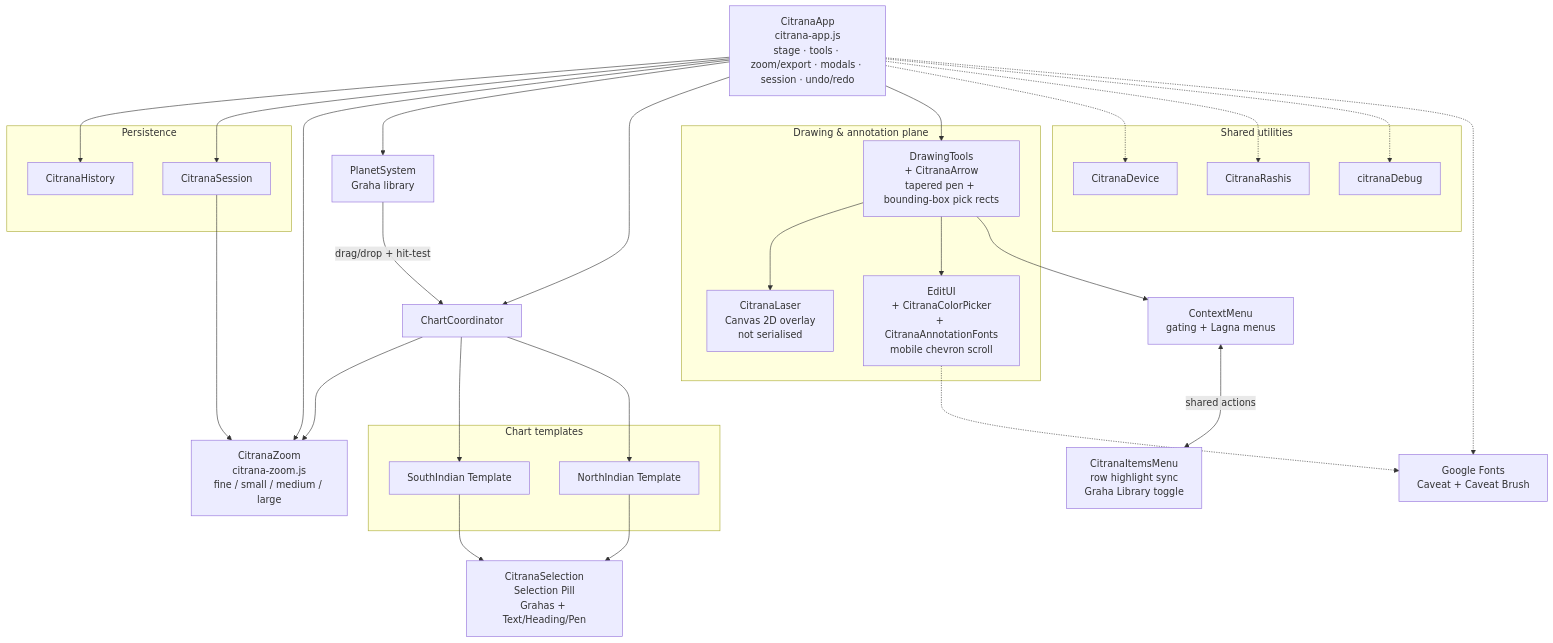
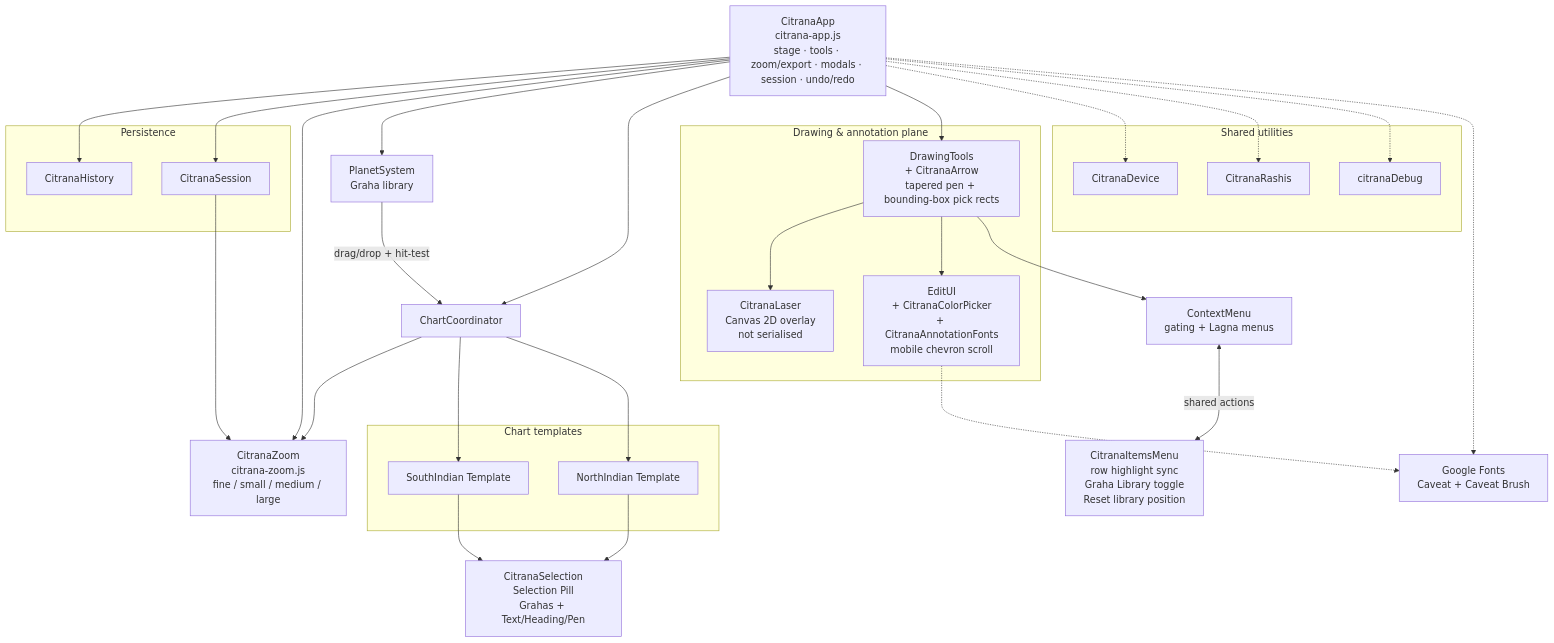
Before and after one commit to IAmVigneswaran/Soothsayer-Citrana: the diagram in ARCHITECTURE.md, drawn with Mermaid. The commit also changed other lines of this file and 3 other files, not shown here.

Commit message:
Use orbit row icon for Graha Library reset and sync agent docs

````diff
--- a/ARCHITECTURE.md
+++ b/ARCHITECTURE.md
@@ -72,63 +72,63 @@
 ```mermaid
 flowchart TB
     App["CitranaApp<br/>citrana-app.js<br/>stage · tools · zoom/export · modals · session · undo/redo"]
 
     subgraph Persistence["Persistence"]
         History["CitranaHistory"]
         Session["CitranaSession"]
     end
 
     Zoom["CitranaZoom<br/>citrana-zoom.js<br/>fine / small / medium / large"]
 
     PlanetSystem["PlanetSystem<br/>Graha library"]
     Coordinator["ChartCoordinator"]
 
     subgraph ChartTemplates["Chart templates"]
         South["SouthIndian Template"]
         North["NorthIndian Template"]
     end
 
     Selection["CitranaSelection<br/>Selection Pill<br/>Grahas + Text/Heading/Pen"]
 
     subgraph DrawingPlane["Drawing & annotation plane"]
         DrawingTools["DrawingTools<br/>+ CitranaArrow<br/>tapered pen + bounding-box pick rects"]
         Laser["CitranaLaser<br/>Canvas 2D overlay<br/>not serialised"]
         EditUI["EditUI<br/>+ CitranaColorPicker<br/>+ CitranaAnnotationFonts<br/>mobile chevron scroll"]
     end
 
     ContextMenu["ContextMenu<br/>gating + Lagna menus"]
-    ItemsMenu["CitranaItemsMenu<br/>row highlight sync<br/>Graha Library toggle"]
+    ItemsMenu["CitranaItemsMenu<br/>row highlight sync<br/>Graha Library toggle<br/>Reset library position"]
 
     subgraph Shared["Shared utilities"]
         Device["CitranaDevice"]
         Rashis["CitranaRashis"]
         Debug["citranaDebug"]
     end
 
     Fonts["Google Fonts<br/>Caveat + Caveat Brush"]
 
     App --> History
     App --> Session
     App --> Zoom
     App --> PlanetSystem
     App --> Coordinator
     Session --> Zoom
     Coordinator --> Zoom
     PlanetSystem -->|"drag/drop + hit-test"| Coordinator
     Coordinator --> South
     Coordinator --> North
     South --> Selection
     North --> Selection
 
     App --> DrawingTools
     DrawingTools --> Laser
     DrawingTools --> EditUI
     DrawingTools --> ContextMenu
     ContextMenu <-->|"shared actions"| ItemsMenu
 
     App -.-> Device
     App -.-> Rashis
     App -.-> Debug
     EditUI -.-> Fonts
     App -.-> Fonts
 ```
````
